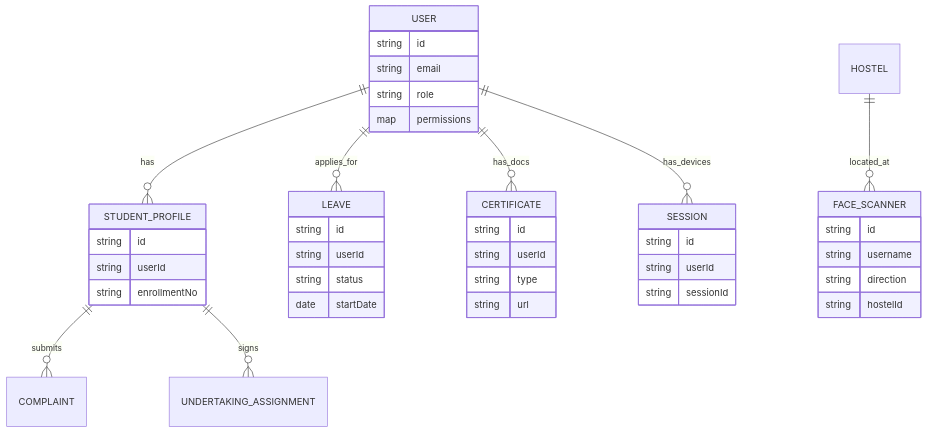
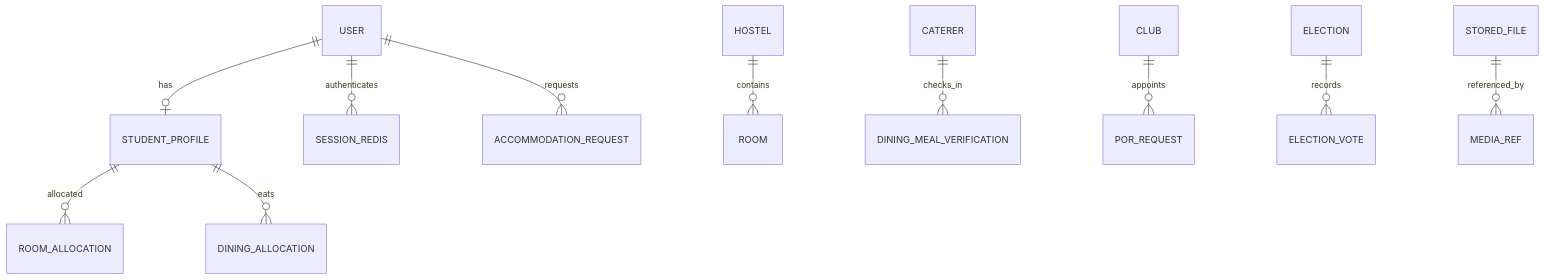
Before and after one commit to thisisdkyadav/hostel-management-system-backend: the second of 2 diagrams in srs.md, drawn with Mermaid. The commit also changed other lines of this file and 15 other files, not shown here.

````diff
--- a/srs.md
+++ b/srs.md
@@ -676,50 +662,13 @@
 ```mermaid
 erDiagram
-  USER {
-    string id
-    string email
-    string role
-    map permissions
-  }
-
-  STUDENT_PROFILE {
-    string id
-    string userId
-    string enrollmentNo
-  }
-
-  LEAVE {
-    string id
-    string userId
-    string status
-    date startDate
-  }
-
-  CERTIFICATE {
-    string id
-    string userId
-    string type
-    string url
-  }
-
-  FACE_SCANNER {
-    string id
-    string username
-    string direction
-    string hostelId
-  }
-
-  SESSION {
-    string id
-    string userId
-    string sessionId
-  }
-
-  USER ||--o{ STUDENT_PROFILE : has
-  USER ||--o{ LEAVE : applies_for
-  USER ||--o{ CERTIFICATE : has_docs
-  USER ||--o{ SESSION : has_devices
-  HOSTEL ||--o{ FACE_SCANNER : located_at
-  STUDENT_PROFILE ||--o{ COMPLAINT : submits
-  STUDENT_PROFILE ||--o{ UNDERTAKING_ASSIGNMENT : signs
+  USER ||--o| STUDENT_PROFILE : has
+  USER ||--o{ SESSION_REDIS : authenticates
+  HOSTEL ||--o{ ROOM : contains
+  STUDENT_PROFILE ||--o{ ROOM_ALLOCATION : allocated
+  STUDENT_PROFILE ||--o{ DINING_ALLOCATION : eats
+  CATERER ||--o{ DINING_MEAL_VERIFICATION : checks_in
+  USER ||--o{ ACCOMMODATION_REQUEST : requests
+  CLUB ||--o{ POR_REQUEST : appoints
+  ELECTION ||--o{ ELECTION_VOTE : records
+  STORED_FILE ||--o{ MEDIA_REF : referenced_by
 ```
````
